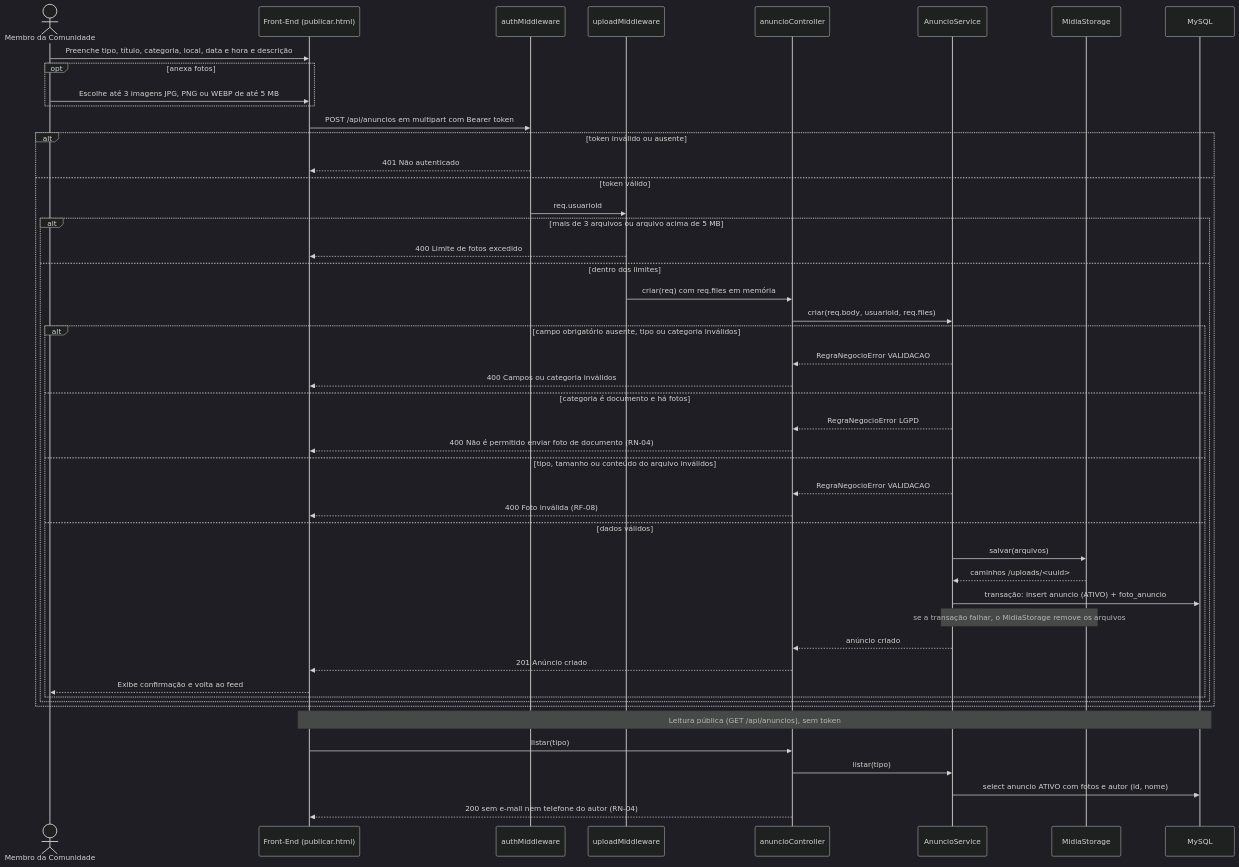
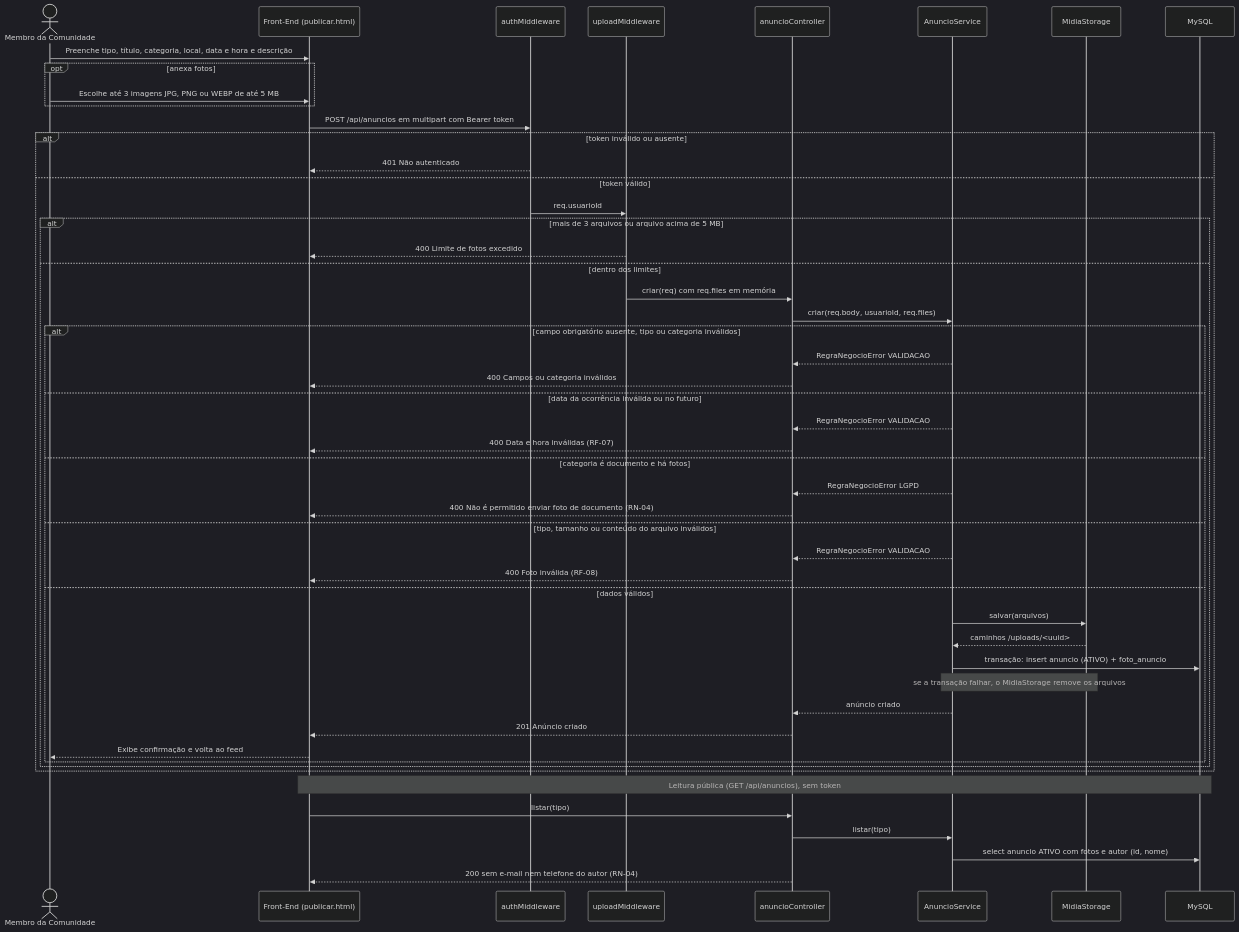
Before and after one commit to Matheus-Castro-Paula/Radar-UFLA: the third of 6 diagrams in docs/modelagem/modelagem.md, drawn with Mermaid (dark theme). The commit also changed other lines of this file and 5 other files, not shown here.

````diff
--- a/docs/modelagem/modelagem.md
+++ b/docs/modelagem/modelagem.md
@@ -153,52 +153,55 @@
 ```mermaid
 sequenceDiagram
     actor M as Membro da Comunidade
     participant F as Front-End (publicar.html)
     participant MW as authMiddleware
     participant U as uploadMiddleware
     participant C as anuncioController
     participant S as AnuncioService
     participant A as MidiaStorage
     participant DB as MySQL
 
     M->>F: Preenche tipo, título, categoria, local, data e hora e descrição
     opt anexa fotos
         M->>F: Escolhe até 3 imagens JPG, PNG ou WEBP de até 5 MB
     end
     F->>MW: POST /api/anuncios em multipart com Bearer token
     alt token inválido ou ausente
         MW-->>F: 401 Não autenticado
     else token válido
         MW->>U: req.usuarioId
         alt mais de 3 arquivos ou arquivo acima de 5 MB
             U-->>F: 400 Limite de fotos excedido
         else dentro dos limites
             U->>C: criar(req) com req.files em memória
             C->>S: criar(req.body, usuarioId, req.files)
             alt campo obrigatório ausente, tipo ou categoria inválidos
                 S-->>C: RegraNegocioError VALIDACAO
                 C-->>F: 400 Campos ou categoria inválidos
+            else data da ocorrência inválida ou no futuro
+                S-->>C: RegraNegocioError VALIDACAO
+                C-->>F: 400 Data e hora inválidas (RF-07)
             else categoria é documento e há fotos
                 S-->>C: RegraNegocioError LGPD
                 C-->>F: 400 Não é permitido enviar foto de documento (RN-04)
             else tipo, tamanho ou conteúdo do arquivo inválidos
                 S-->>C: RegraNegocioError VALIDACAO
                 C-->>F: 400 Foto inválida (RF-08)
             else dados válidos
                 S->>A: salvar(arquivos)
                 A-->>S: caminhos /uploads/<uuid>
                 S->>DB: transação: insert anuncio (ATIVO) + foto_anuncio
                 Note over S,A: se a transação falhar, o MidiaStorage remove os arquivos
                 S-->>C: anúncio criado
                 C-->>F: 201 Anúncio criado
                 F-->>M: Exibe confirmação e volta ao feed
             end
         end
     end
 
     Note over F,DB: Leitura pública (GET /api/anuncios), sem token
     F->>C: listar(tipo)
     C->>S: listar(tipo)
     S->>DB: select anuncio ATIVO com fotos e autor (id, nome)
     C-->>F: 200 sem e-mail nem telefone do autor (RN-04)
 ```
````
